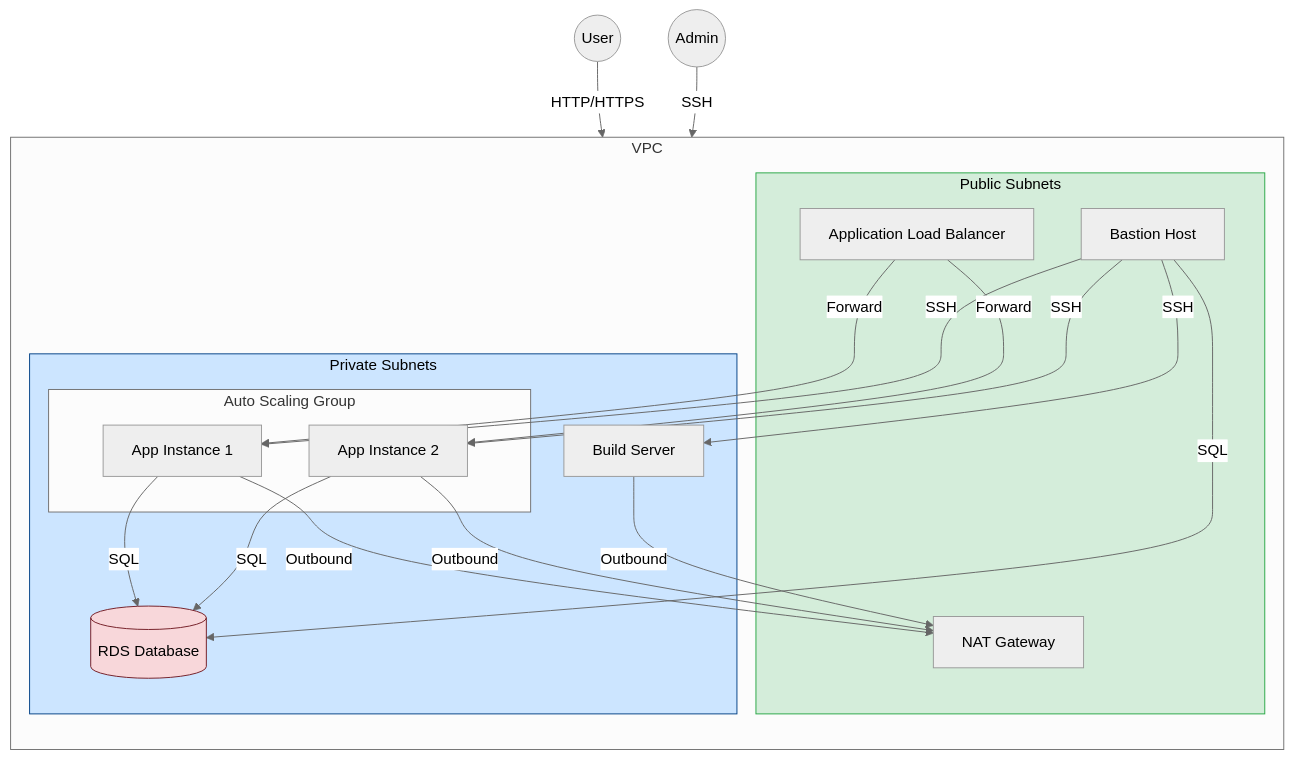
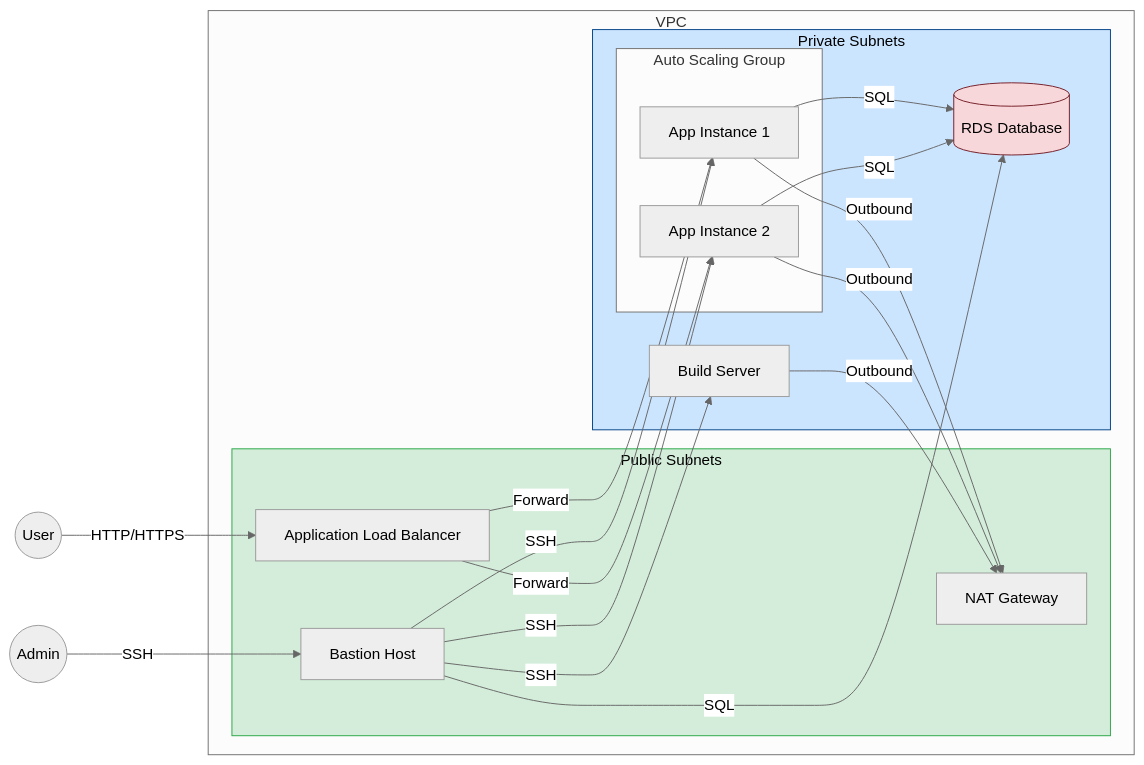
One commit to cgponteb/proxecto-asir changed the diagram in docs/infrastructure.md. Above: the diagram before and after it, drawn with Mermaid (neutral theme).

Commit message:
Update infrastructure diagram to use left-right layout and add clarifying comments.

````diff
--- a/docs/infrastructure.md
+++ b/docs/infrastructure.md
@@ -5,47 +5,53 @@
 ```mermaid
-graph TD
+graph LR
+    User((User))
+    Admin((Admin))
+
     subgraph VPC [VPC]
-        direction TB
         
         subgraph Public_Subnets [Public Subnets]
             ALB[Application Load Balancer]
             Bastion[Bastion Host]
             NAT[NAT Gateway]
         end
         
         subgraph Private_Subnets [Private Subnets]
             subgraph ASG [Auto Scaling Group]
                 App1[App Instance 1]
                 App2[App Instance 2]
             end
             BuildServer[Build Server]
             RDS[(RDS Database)]
         end
     end
 
-    User((User)) -->|HTTP/HTTPS| ALB
-    Admin((Admin)) -->|SSH| Bastion
+    %% Access Layer
+    User -->|HTTP/HTTPS| ALB
+    Admin -->|SSH| Bastion
     
+    %% Public to Private Routing
     ALB -->|Forward| App1
     ALB -->|Forward| App2
     
     Bastion -->|SSH| App1
     Bastion -->|SSH| App2
     Bastion -->|SSH| BuildServer
     Bastion -->|SQL| RDS
     
+    %% Internal Connections
     App1 -->|SQL| RDS
     App2 -->|SQL| RDS
     
+    %% Outbound Connectivity
     App1 -->|Outbound| NAT
     App2 -->|Outbound| NAT
     BuildServer -->|Outbound| NAT
     
     classDef public fill:#d4edda,stroke:#28a745,color:black
     classDef private fill:#cce5ff,stroke:#004085,color:black
     classDef db fill:#f8d7da,stroke:#721c24,color:black
     
     class Public_Subnets public
     class Private_Subnets private
     class RDS db
 ```
````
